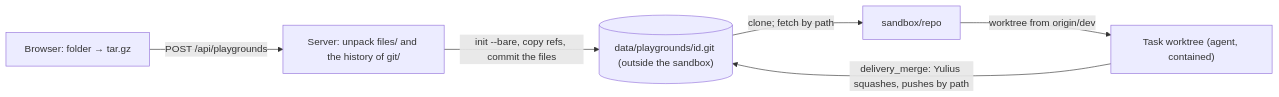
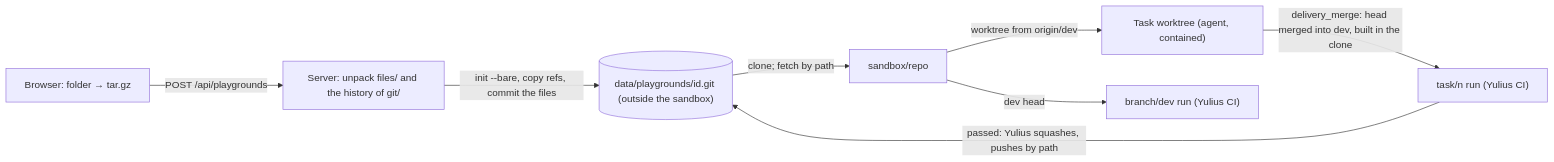
The seventh of 34 diagrams in docs/architecture.md (Quartio-Studio/yulius), drawn with Mermaid before and after one commit. The commit also changed other lines of this file and 24 other files, not shown here.

First line of the commit message:
feat(ci): fix #411: Yulius CI runs the gate on a playground's task heads and its integration branch (#541)

````diff
--- a/docs/architecture.md
+++ b/docs/architecture.md
@@ -183,8 +189,10 @@
 ```mermaid
 flowchart LR
   B["Browser: folder → tar.gz"] -->|"POST /api/playgrounds"| S["Server: unpack files/ and the history of git/"]
   S -->|"init --bare, copy refs, commit the files"| O[("data/playgrounds/id.git (outside the sandbox)")]
   O -->|"clone; fetch by path"| R["sandbox/repo"]
   R -->|"worktree from origin/dev"| T["Task worktree (agent, contained)"]
-  T -->|"delivery_merge: Yulius squashes, pushes by path"| O
+  T -->|"delivery_merge: head merged into dev, built in the clone"| C["task/n run (Yulius CI)"]
+  R -->|"dev head"| D["branch/dev run (Yulius CI)"]
+  C -->|"passed: Yulius squashes, pushes by path"| O
 ```
````
